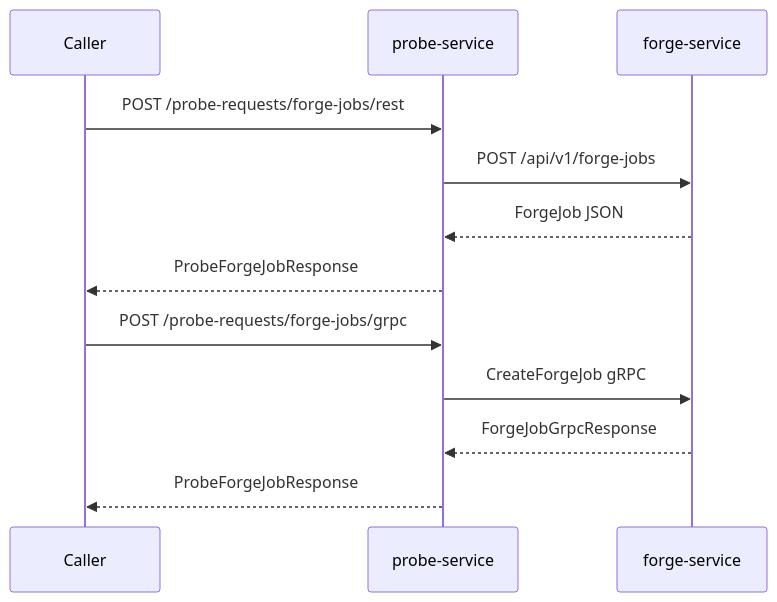
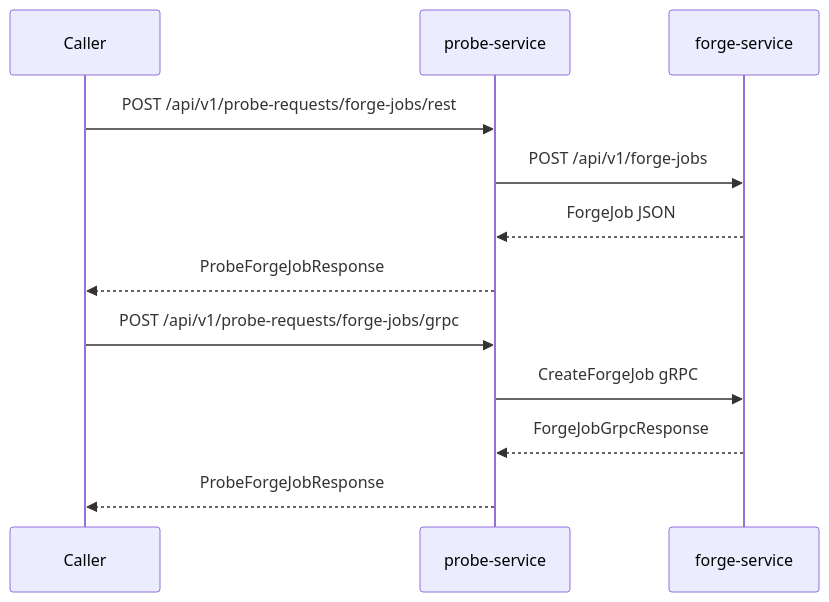
One commit to Jenish16/probe-service changed the diagram in docs/SERVICE_BOUNDARY.md. Above: the diagram before and after it, drawn with Mermaid. The commit also changed 46 other files, not shown here.

````diff
--- a/docs/SERVICE_BOUNDARY.md
+++ b/docs/SERVICE_BOUNDARY.md
@@ -27,16 +27,16 @@
 ```mermaid
 sequenceDiagram
     participant Caller
     participant Probe as probe-service
     participant Forge as forge-service
 
-    Caller->>Probe: POST /probe-requests/forge-jobs/rest
+    Caller->>Probe: POST /api/v1/probe-requests/forge-jobs/rest
     Probe->>Forge: POST /api/v1/forge-jobs
     Forge-->>Probe: ForgeJob JSON
     Probe-->>Caller: ProbeForgeJobResponse
 
-    Caller->>Probe: POST /probe-requests/forge-jobs/grpc
+    Caller->>Probe: POST /api/v1/probe-requests/forge-jobs/grpc
     Probe->>Forge: CreateForgeJob gRPC
     Forge-->>Probe: ForgeJobGrpcResponse
     Probe-->>Caller: ProbeForgeJobResponse
 ```
````
